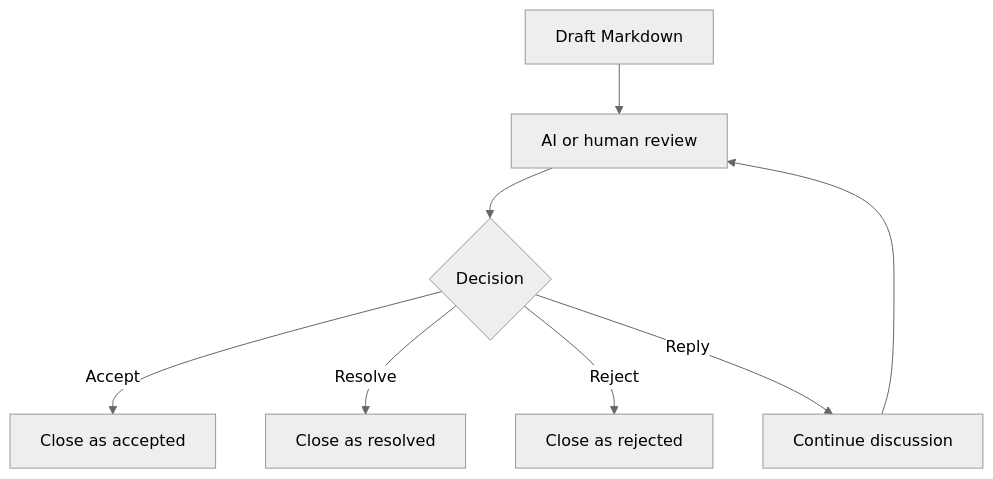
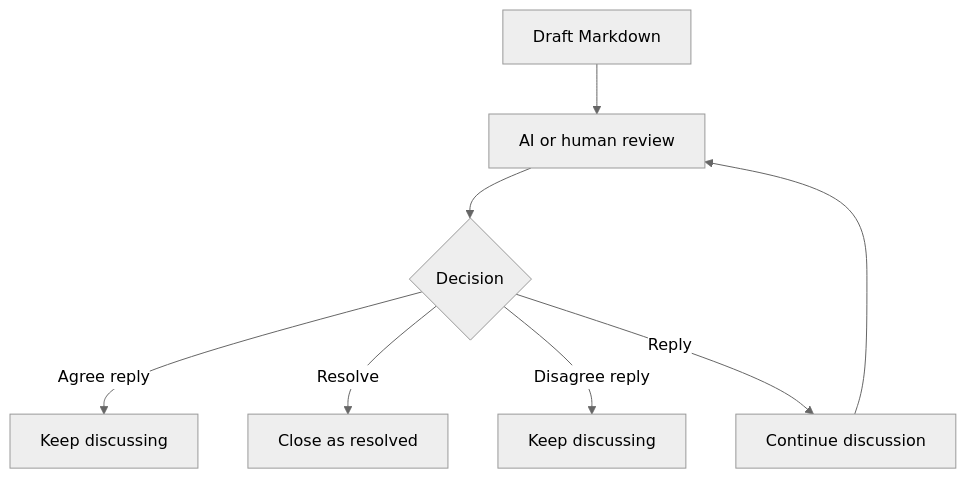
The first of 2 diagrams in test/fixtures/complex-review-sample.md (uptown/ai-markdown-review-loop), drawn with Mermaid (neutral theme) before and after one commit. The commit also changed 11 other files, not shown here.

````diff
--- a/test/fixtures/complex-review-sample.md
+++ b/test/fixtures/complex-review-sample.md
@@ -36,10 +36,10 @@
 ```mermaid
 flowchart TD
   Draft[Draft Markdown] --> Review[AI or human review]
   Review --> Decision{Decision}
-  Decision -->|Accept| Accepted[Close as accepted]
+  Decision -->|Agree reply| Agreed[Keep discussing]
   Decision -->|Resolve| Resolved[Close as resolved]
-  Decision -->|Reject| Rejected[Close as rejected]
+  Decision -->|Disagree reply| Disagreed[Keep discussing]
   Decision -->|Reply| Discussion[Continue discussion]
   Discussion --> Review
 ```
````
